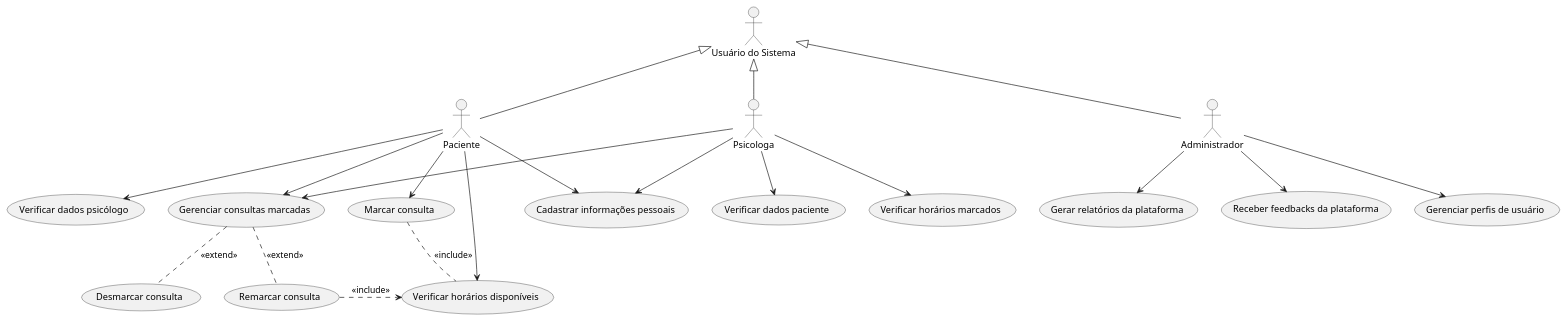
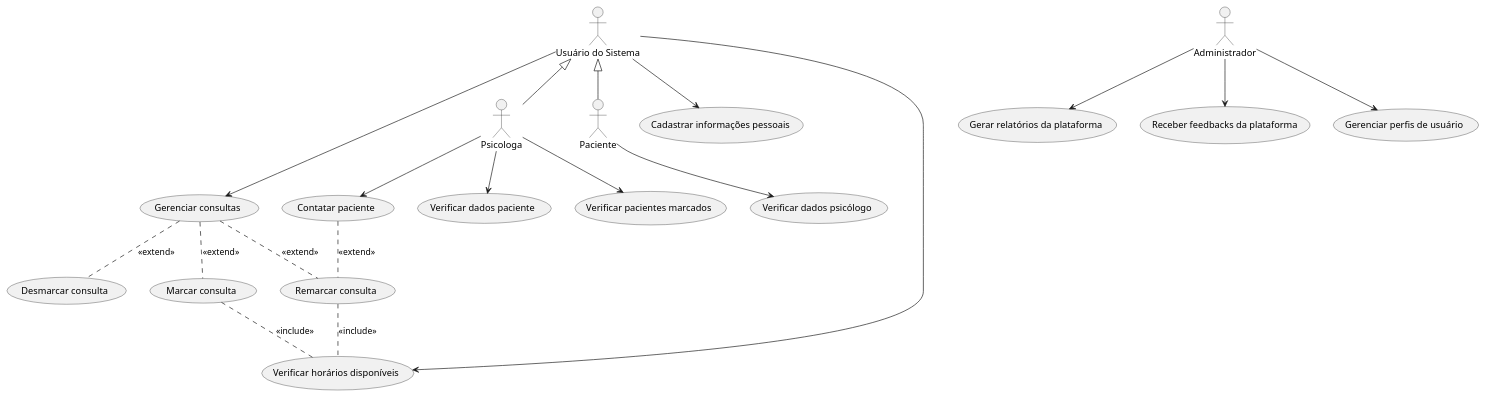
One commit to catarinamoreiralima/apoo changed the diagram in casosuso.plantuml. Above: the diagram before and after it, drawn with PlantUML. The commit also changed 1 other file, not shown here.

```diff
--- a/casosuso.plantuml
+++ b/casosuso.plantuml
@@ -1,43 +1,45 @@
 @startuml
 "Administrador" as admin
 "Psicologa" as psi
 "Paciente" as paci
 "Usuário do Sistema" as user
 
 "Cadastrar informações pessoais" as (cad)
 "Marcar consulta" as (mar)
-"Gerenciar consultas marcadas" as (gerenciarConsultas)
+"Gerenciar consultas" as (gerenciarConsultas)
 "Remarcar consulta" as (rem)
 "Desmarcar consulta" as (desm)
 "Verificar horários disponíveis" as (verificarHorarios)
 "Verificar dados psicólogo" as (verificarPsico)
 "Verificar dados paciente" as (verificarPaciente)
-"Verificar horários marcados" as (verificarMarcados)
+"Verificar pacientes marcados" as (verificarMarcados)
 
 admin --> (Gerar relatórios da plataforma)
 admin --> (Receber feedbacks da plataforma)
 admin --> (Gerenciar perfis de usuário)
 
 user <|-- psi
 user <|-- paci
-user <|-- admin
 
-(cad) <-u- psi
-paci -d-> (cad)
-paci -d-> (mar)
 
-(gerenciarConsultas) <-u- psi
-paci -d-> (gerenciarConsultas)
+(cad) <-u- user
+
+
+(gerenciarConsultas) <-u- user
+
 
 (rem) .u. (gerenciarConsultas) : <<extend>>
 (desm) .u. (gerenciarConsultas) : <<extend>>
+(mar) .u. (gerenciarConsultas) : <<extend>>
+(rem) .u. (Contatar paciente) : <<extend>>
+psi -d-> (Contatar paciente)
 
-(rem) .> (verificarHorarios) : <<include>>
+(rem) .. (verificarHorarios) : <<include>>
 (mar) .down. (verificarHorarios) : <<include>> 
 
 psi -d-> (verificarPaciente)
 psi -d-> (verificarMarcados)
 
-paci -d-> (verificarHorarios)
+user -d-> (verificarHorarios)
 paci -d-> (verificarPsico)
 @enduml
```
